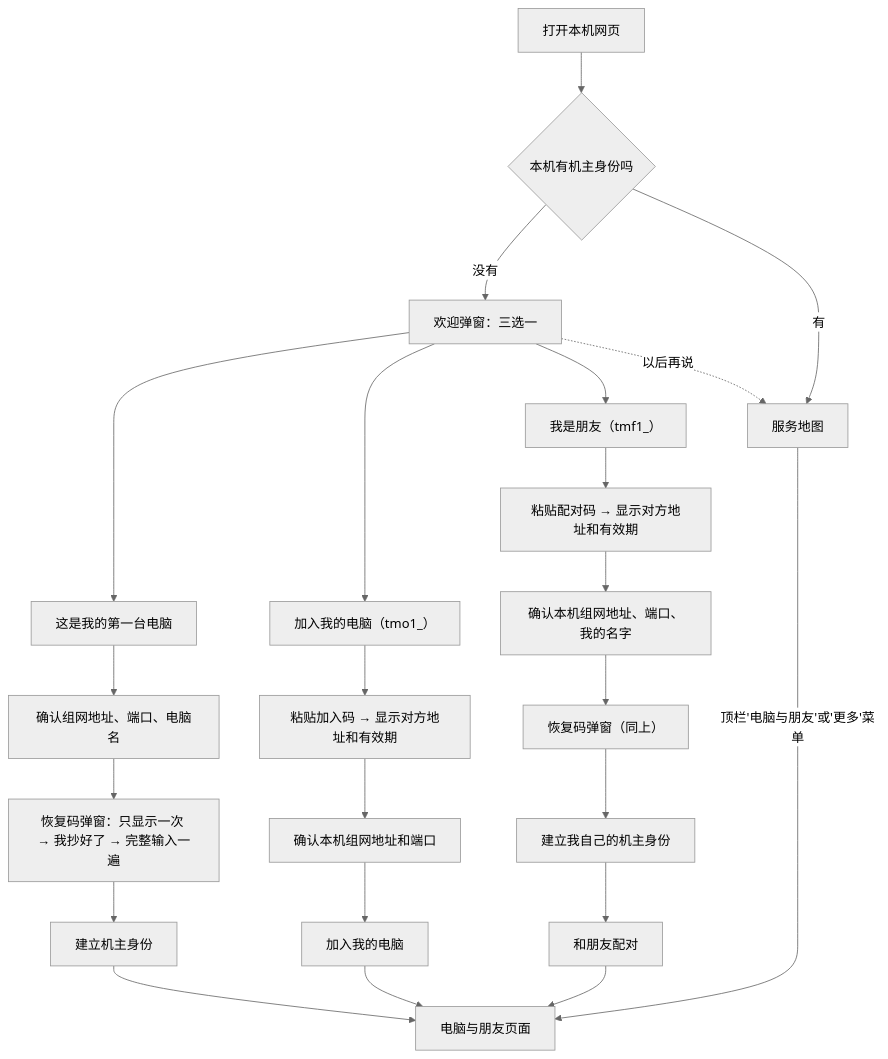
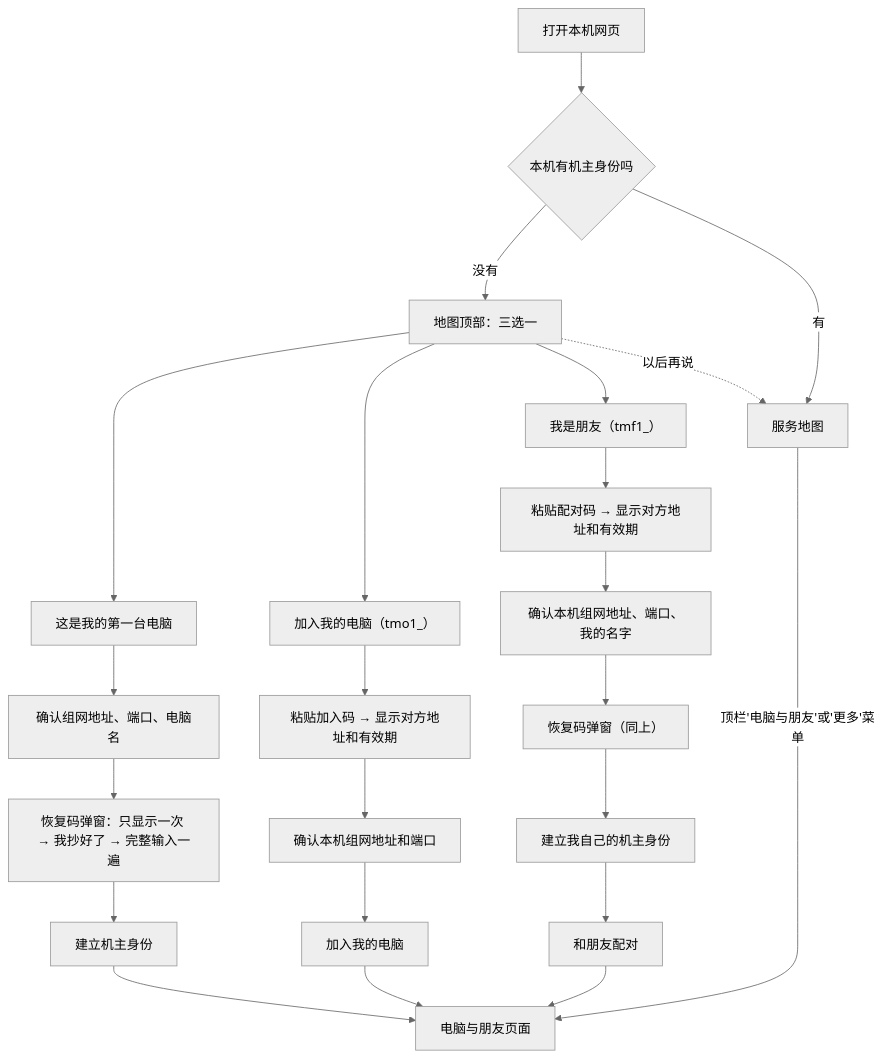
The first of 2 diagrams in docs/design/web-onboarding.md (Sugarfarmeriod/TunnelMinion), drawn with Mermaid (neutral theme) before and after one commit. The commit also changed other lines of this file and 22 other files, not shown here.

````diff
--- a/docs/design/web-onboarding.md
+++ b/docs/design/web-onboarding.md
@@ -39,25 +39,25 @@
 ```mermaid
 flowchart TB
     OPEN["打开本机网页"] --> Q{"本机有机主身份吗"}
-    Q -- "没有" --> W["欢迎弹窗：三选一"]
+    Q -- "没有" --> W["地图顶部：三选一"]
     Q -- "有" --> MAP["服务地图"]
     W --> F1["这是我的第一台电脑"]
     W --> F2["加入我的电脑（tmo1_）"]
     W --> F3["我是朋友（tmf1_）"]
     W -. "以后再说" .-> MAP
     F1 --> ADDR1["确认组网地址、端口、电脑名"]
     ADDR1 --> RC["恢复码弹窗：只显示一次 → 我抄好了 → 完整输入一遍"]
     RC --> DONE1["建立机主身份"]
     F2 --> P2["粘贴加入码 → 显示对方地址和有效期"]
     P2 --> ADDR2["确认本机组网地址和端口"]
     ADDR2 --> DONE2["加入我的电脑"]
     F3 --> P3["粘贴配对码 → 显示对方地址和有效期"]
     P3 --> ADDR3["确认本机组网地址、端口、我的名字"]
     ADDR3 --> RC3["恢复码弹窗（同上）"]
     RC3 --> INIT3["建立我自己的机主身份"]
     INIT3 --> DONE3["和朋友配对"]
     DONE1 --> PAGE["电脑与朋友页面"]
     DONE2 --> PAGE
     DONE3 --> PAGE
     MAP -- "顶栏'电脑与朋友'或'更多'菜单" --> PAGE
 ```
````
